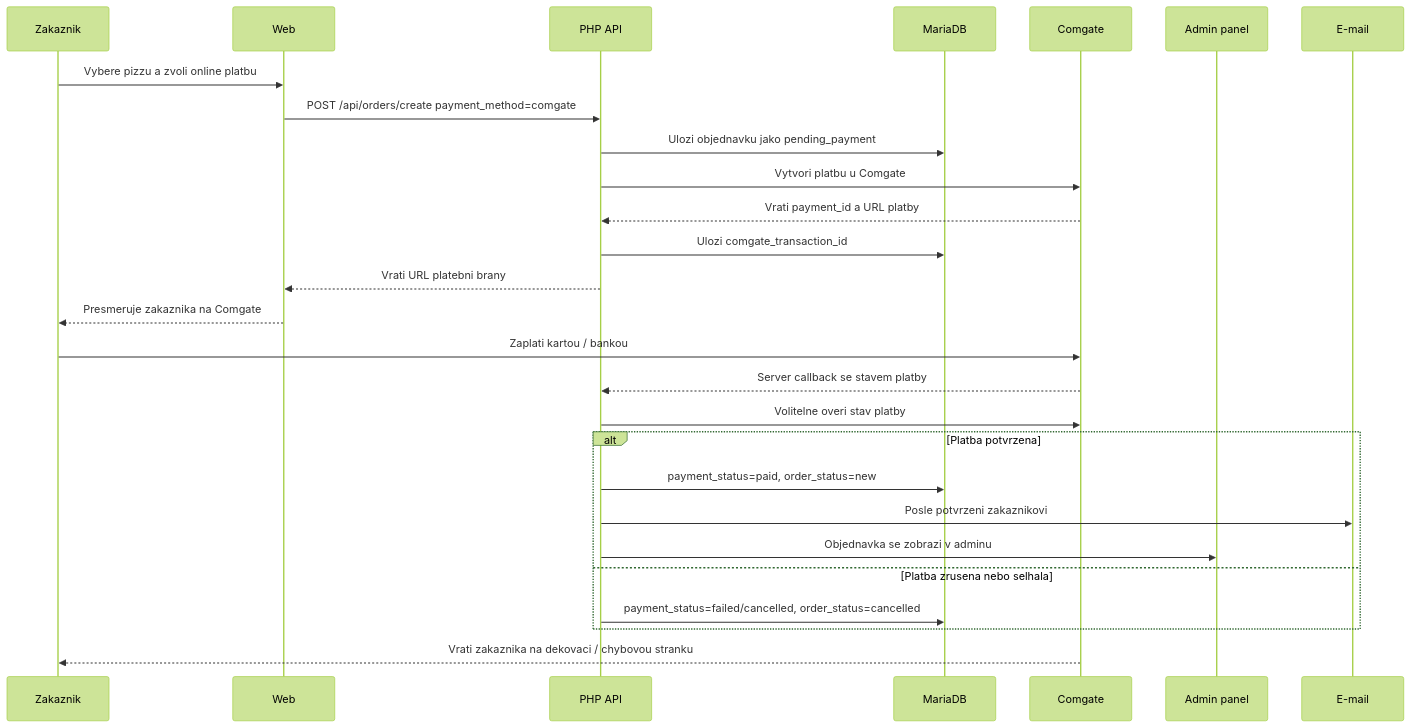
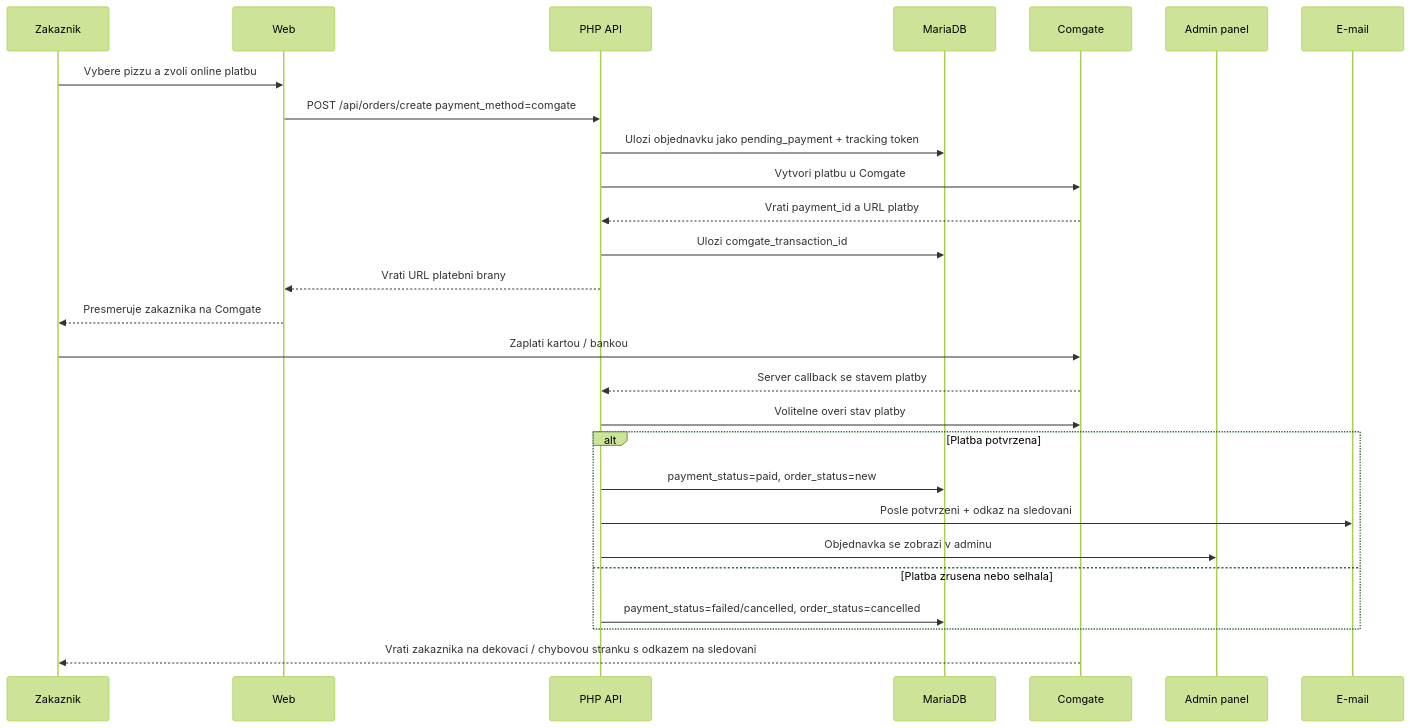
One commit to Poracanin/pizza-bellizzi changed the third of 11 diagrams in ARCHITEKTURA.md. Above: the diagram before and after it, drawn with Mermaid (forest theme). The commit also changed other lines of this file and 5 other files, not shown here.

````diff
--- a/ARCHITEKTURA.md
+++ b/ARCHITEKTURA.md
@@ -70,33 +74,33 @@
 ```mermaid
 sequenceDiagram
   participant Z as Zakaznik
   participant W as Web
   participant API as PHP API
   participant DB as MariaDB
   participant CG as Comgate
   participant A as Admin panel
   participant M as E-mail
 
   Z->>W: Vybere pizzu a zvoli online platbu
   W->>API: POST /api/orders/create payment_method=comgate
-  API->>DB: Ulozi objednavku jako pending_payment
+  API->>DB: Ulozi objednavku jako pending_payment + tracking token
   API->>CG: Vytvori platbu u Comgate
   CG-->>API: Vrati payment_id a URL platby
   API->>DB: Ulozi comgate_transaction_id
   API-->>W: Vrati URL platebni brany
   W-->>Z: Presmeruje zakaznika na Comgate
 
   Z->>CG: Zaplati kartou / bankou
   CG-->>API: Server callback se stavem platby
   API->>CG: Volitelne overi stav platby
 
   alt Platba potvrzena
     API->>DB: payment_status=paid, order_status=new
-    API->>M: Posle potvrzeni zakaznikovi
+    API->>M: Posle potvrzeni + odkaz na sledovani
     API->>A: Objednavka se zobrazi v adminu
   else Platba zrusena nebo selhala
     API->>DB: payment_status=failed/cancelled, order_status=cancelled
   end
 
-  CG-->>Z: Vrati zakaznika na dekovaci / chybovou stranku
+  CG-->>Z: Vrati zakaznika na dekovaci / chybovou stranku s odkazem na sledovani
 ```
````
